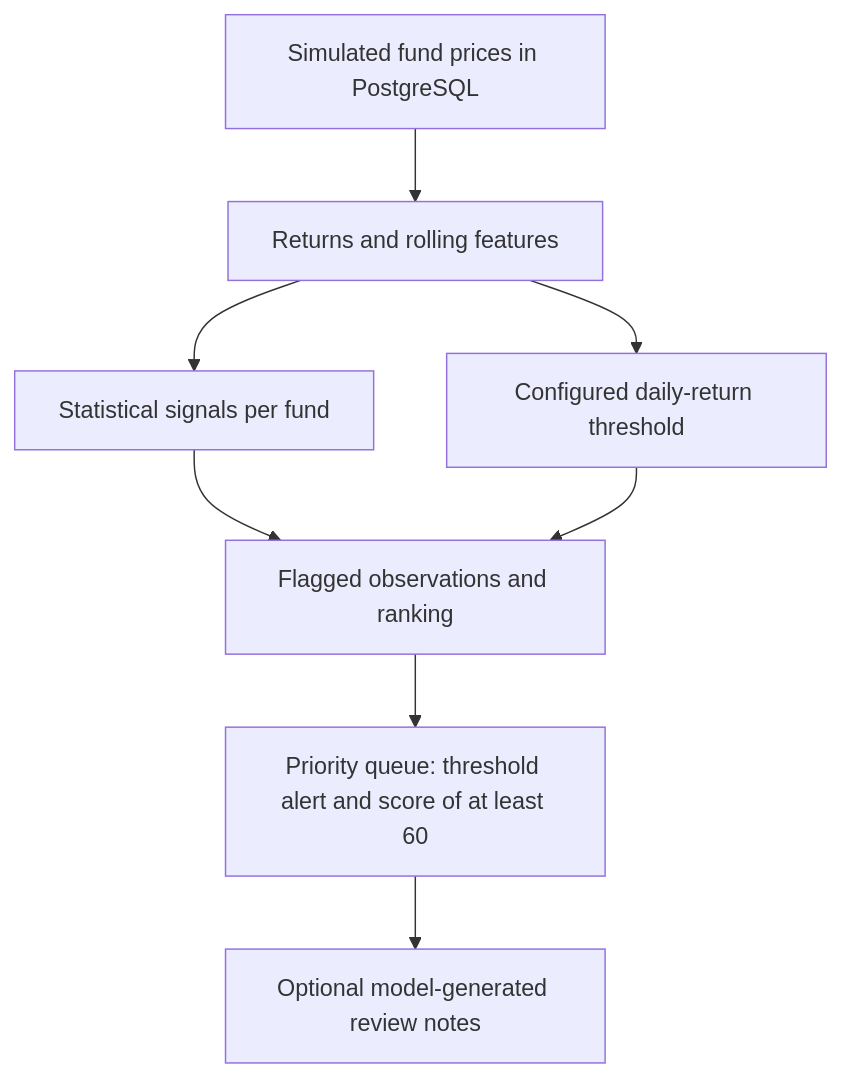
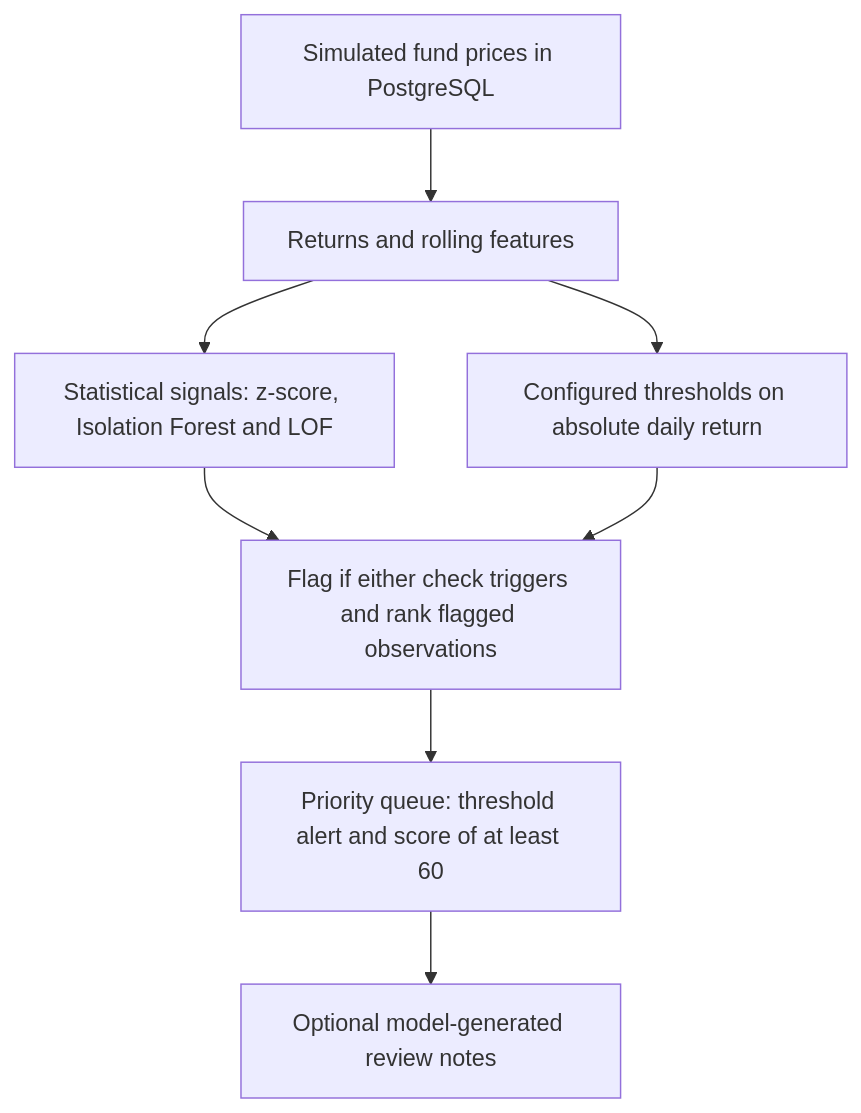
Before and after one commit to HetAshar13/nav-anomaly-platform: the diagram in README.md, drawn with Mermaid. The commit also changed other lines of this file, not shown here.

Commit message:
Name the two NAV screening methods and their thresholds (#4)

````diff
--- a/README.md
+++ b/README.md
@@ -30,10 +30,10 @@
 ```mermaid
 flowchart TD
     A["Simulated fund prices in PostgreSQL"] --> B["Returns and rolling features"]
-    B --> C["Statistical signals per fund"]
-    B --> D["Configured daily-return threshold"]
-    C --> E["Flagged observations and ranking"]
+    B --> C["Statistical signals: z-score, Isolation Forest and LOF"]
+    B --> D["Configured thresholds on absolute daily return"]
+    C --> E["Flag if either check triggers and rank flagged observations"]
     D --> E
     E --> F["Priority queue: threshold alert and score of at least 60"]
     F --> G["Optional model-generated review notes"]
 ```
````
